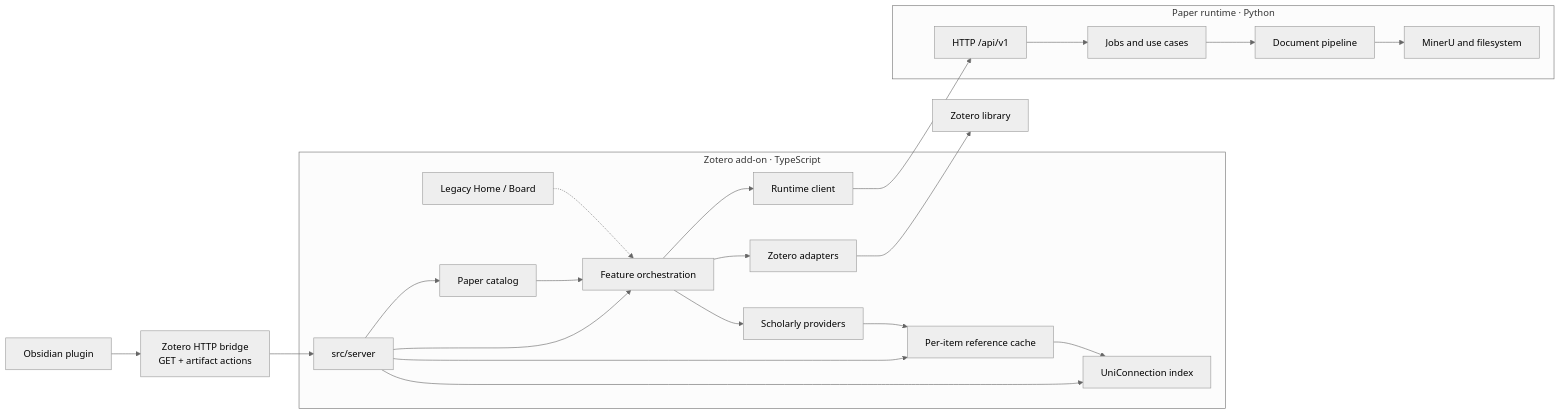
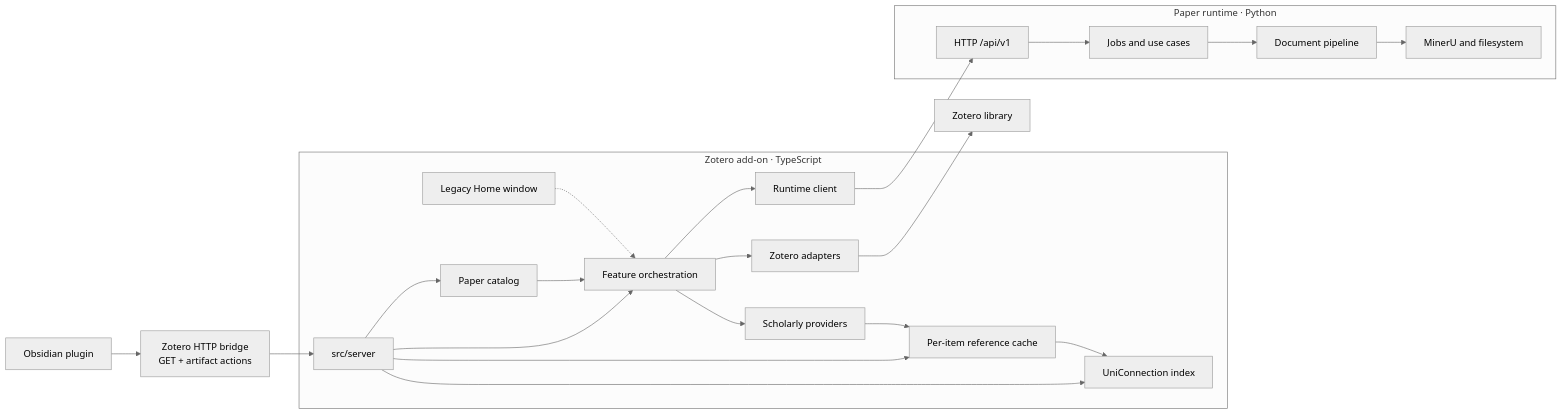
Before and after one commit to Leavvind/Unizero: the diagram in docs/ARCHITECTURE.md, drawn with Mermaid (neutral theme). The commit also changed other lines of this file and 9 other files, not shown here.

````diff
--- a/docs/ARCHITECTURE.md
+++ b/docs/ARCHITECTURE.md
@@ -5,45 +5,45 @@
 ```mermaid
 flowchart LR
     Obsidian["Obsidian plugin"]
     Bridge["Zotero HTTP bridge\nGET + artifact actions"]
 
     subgraph Addon["Zotero add-on · TypeScript"]
         Server["src/server"]
         Features["Feature orchestration"]
         Adapters["Zotero adapters"]
         Providers["Scholarly providers"]
         Cache["Per-item reference cache"]
         Index["UniConnection index"]
         Catalog["Paper catalog"]
         Client["Runtime client"]
-        LegacyUI["Legacy Home / Board"]
+        LegacyUI["Legacy Home window"]
     end
 
     Zotero["Zotero library"]
 
     subgraph Runtime["Paper runtime · Python"]
         API["HTTP /api/v1"]
         App["Jobs and use cases"]
         Pipeline["Document pipeline"]
         IO["MinerU and filesystem"]
     end
 
     Obsidian --> Bridge
     Bridge --> Server
     Server --> Features
     Server --> Cache
     Server --> Index
     Server --> Catalog
     Features --> Adapters
     Features --> Providers
     Features --> Client
     Providers --> Cache
     Cache --> Index
     Adapters --> Zotero
     Catalog --> Features
     Client --> API
     API --> App
     App --> Pipeline
     Pipeline --> IO
     LegacyUI -.-> Features
 ```
````
